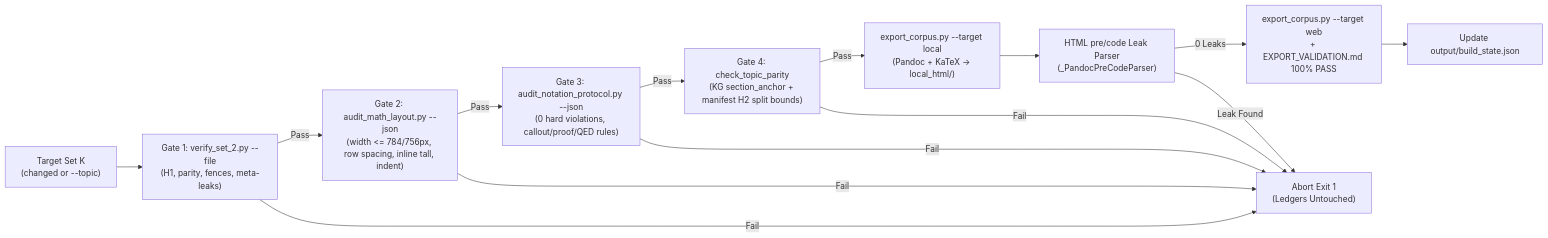
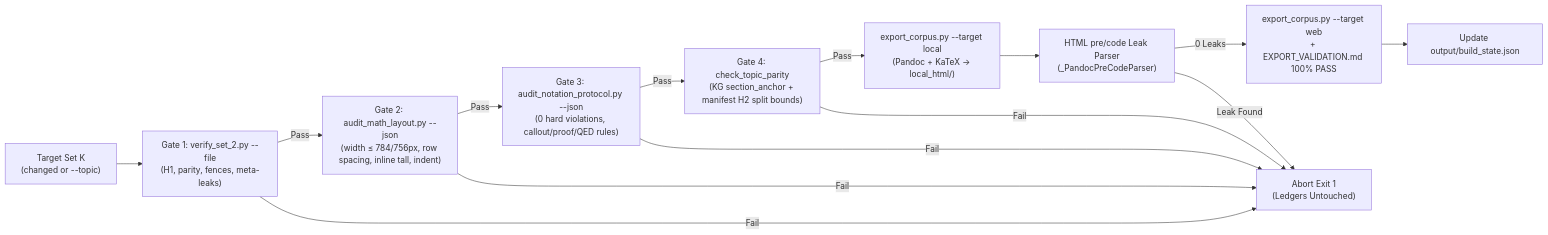
One commit to CarlFriGauss/math-corpus-pipeline changed the third of 6 diagrams in docs/ARCHITECTURE_REVIEW.md. Above: the diagram before and after it, drawn with Mermaid. The commit also changed other lines of this file, not shown here.

Commit message:
Fix GitHub MathJax underscore conflicts and Mermaid stateDiagram-v2 labels

````diff
--- a/docs/ARCHITECTURE_REVIEW.md
+++ b/docs/ARCHITECTURE_REVIEW.md
@@ -67,17 +67,17 @@
 ```mermaid
 flowchart LR
     K["Target Set K<br/>(changed or --topic)"] --> G1["Gate 1: verify_set_2.py --file<br/>(H1, parity, fences, meta-leaks)"]
-    G1 -->|Pass| G2["Gate 2: audit_math_layout.py --json<br/>(width <= 784/756px, row spacing, inline tall, indent)"]
+    G1 -->|Pass| G2["Gate 2: audit_math_layout.py --json<br/>(width ≤ 784/756px, row spacing, inline tall, indent)"]
     G2 -->|Pass| G3["Gate 3: audit_notation_protocol.py --json<br/>(0 hard violations, callout/proof/QED rules)"]
     G3 -->|Pass| G4["Gate 4: check_topic_parity<br/>(KG section_anchor + manifest H2 split bounds)"]
-    G4 -->|Pass| LOC["export_corpus.py --target local<br/>(Pandoc + KaTeX -> local_html/)"]
+    G4 -->|Pass| LOC["export_corpus.py --target local<br/>(Pandoc + KaTeX → local_html/)"]
     LOC --> HTML["HTML pre/code Leak Parser<br/>(_PandocPreCodeParser)"]
     HTML -->|"0 Leaks"| WEB["export_corpus.py --target web<br/>+ EXPORT_VALIDATION.md 100% PASS"]
     WEB --> COMMIT["Update output/build_state.json"]
 
     G1 -->|Fail| ABORT["Abort Exit 1<br/>(Ledgers Untouched)"]
     G2 -->|Fail| ABORT
     G3 -->|Fail| ABORT
     G4 -->|Fail| ABORT
     HTML -->|Leak Found| ABORT
 ```
````
